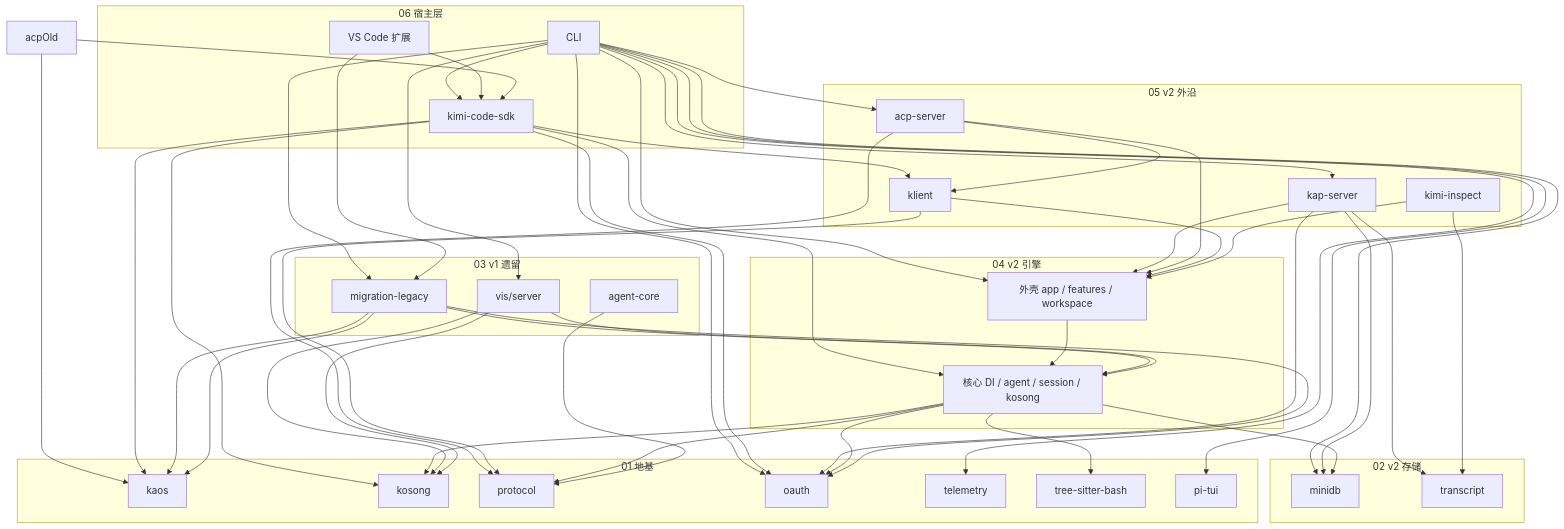
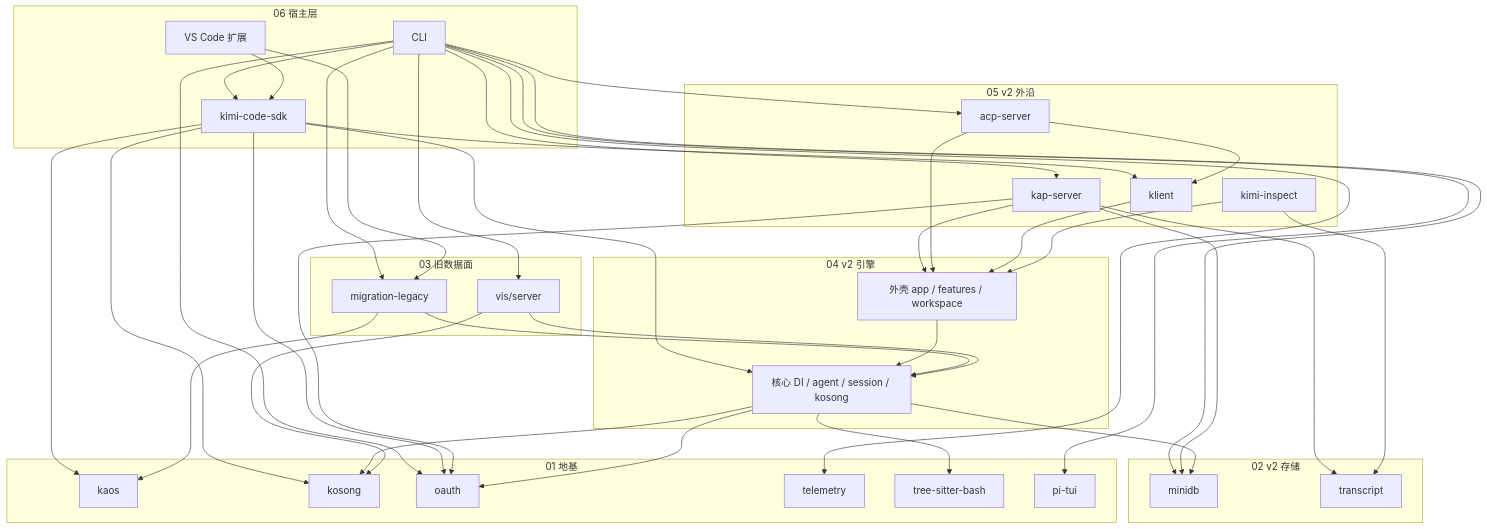
One commit to Yorha9e/oh-my-kimi-code changed the diagram in docs/architecture/overview.md. Above: the diagram before and after it, drawn with Mermaid. The commit also changed other lines of this file and 10 other files, not shown here.

````diff
--- a/docs/architecture/overview.md
+++ b/docs/architecture/overview.md
@@ -36,8 +34,7 @@
     core[核心 DI / agent / session / kosong]
   end
 
-  subgraph legacy [03 v1 遗留]
-    v1[agent-core]
+  subgraph legacy [03 旧数据面]
     mig[migration-legacy]
     vis[vis/server]
   end
@@ -50,7 +47,6 @@
   subgraph leaves [01 地基]
     kaos[kaos]
     kosong[kosong]
-    protocol[protocol]
     oauth[oauth]
     telemetry[telemetry]
     tsb[tree-sitter-bash]
@@ -60,7 +56,6 @@
   cli --> sdk
   cli --> acpNew
   cli --> kap
-  cli --> shell
   cli --> mig
   cli --> minidb
   cli --> oauth
@@ -70,8 +65,6 @@
   vscode --> sdk
   vscode --> mig
 
-  acpOld --> sdk
-  acpOld --> kaos
   sdk --> core
   sdk --> klient
   sdk --> kaos
@@ -79,11 +72,9 @@
   sdk --> oauth
 
   acpNew --> klient
-  acpNew --> protocol
   kap --> oauth
   kap --> minidb
   kap --> transcript
-  klient --> protocol
   inspect --> transcript
   kap --> shell
   acpNew --> shell
@@ -94,15 +85,10 @@
   core --> minidb
   core --> kosong
   core --> oauth
-  core --> protocol
   core --> tsb
 
   mig --> core
   mig --> kaos
   vis --> core
   vis --> kosong
-  mig --> kaos
-  vis --> kosong
-  mig --> oauth
-  v1 --> protocol
 ```
````
